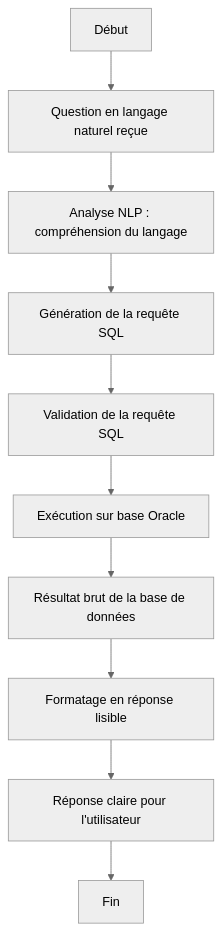
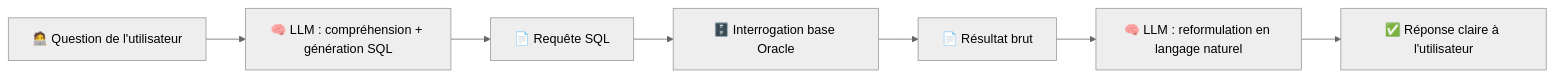
The diagram in README.md (Gappy7/Mermaid), drawn with Mermaid (neutral theme) before and after one commit.

````diff
--- a/README.md
+++ b/README.md
@@ -1,12 +1,10 @@
 ```mermaid
-flowchart TD
-    A[Début] --> B[Question en langage naturel reçue]
-    B --> C[Analyse NLP : compréhension du langage]
-    C --> D[Génération de la requête SQL]
-    D --> E[Validation de la requête SQL]
-    E --> F[Exécution sur base Oracle]
-    F --> G[Résultat brut de la base de données]
-    G --> H[Formatage en réponse lisible]
-    H --> I[Réponse claire pour l'utilisateur]
-    I --> J[Fin]
+flowchart LR
+    A[🧑‍💻 Question de l'utilisateur] --> B[🧠 LLM : compréhension + génération SQL]
+    B --> C[📄 Requête SQL]
+    C --> D[🗄️ Interrogation base Oracle]
+
+    D --> E[📄 Résultat brut]
+    E --> F[🧠 LLM : reformulation en langage naturel]
+    F --> G[✅ Réponse claire à l'utilisateur]
 ```
````
